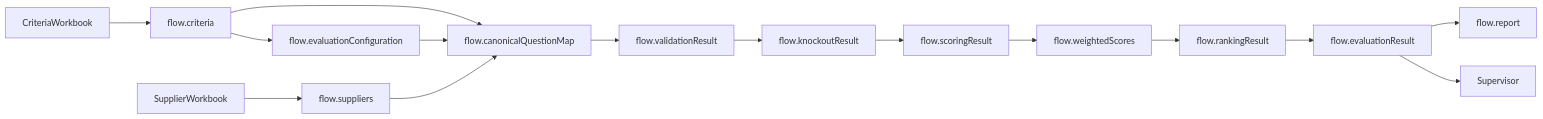
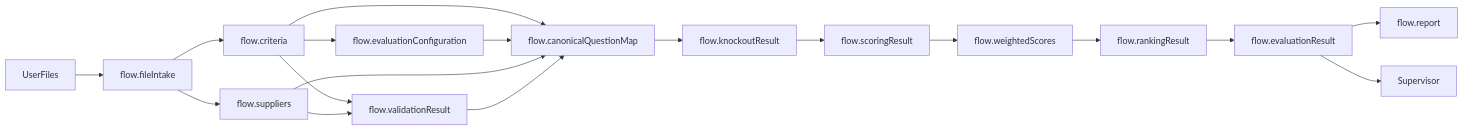
Before and after one commit to adityarane-ai/Agentic-Orchestrations: the diagram in Bid Analysis Agent/08 – Flow Variables.md, drawn with Mermaid. The commit also changed other lines of this file, not shown here.

Commit message:
Add file intake flow contract and discovery state

````diff
--- a/Bid Analysis Agent/08 – Flow Variables.md
+++ b/Bid Analysis Agent/08 – Flow Variables.md
@@ -75,31 +37,21 @@
 ```mermaid
 flowchart LR
 
-CriteriaWorkbook --> flow.criteria
-
+UserFiles --> flow.fileIntake
+flow.fileIntake --> flow.criteria
+flow.fileIntake --> flow.suppliers
 flow.criteria --> flow.evaluationConfiguration
-
-SupplierWorkbook --> flow.suppliers
-
+flow.criteria --> flow.validationResult
+flow.suppliers --> flow.validationResult
 flow.criteria --> flow.canonicalQuestionMap
-
 flow.evaluationConfiguration --> flow.canonicalQuestionMap
-
 flow.suppliers --> flow.canonicalQuestionMap
-
-flow.canonicalQuestionMap --> flow.validationResult
-
-flow.validationResult --> flow.knockoutResult
-
+flow.validationResult --> flow.canonicalQuestionMap
+flow.canonicalQuestionMap --> flow.knockoutResult
 flow.knockoutResult --> flow.scoringResult
-
 flow.scoringResult --> flow.weightedScores
-
 flow.weightedScores --> flow.rankingResult
-
 flow.rankingResult --> flow.evaluationResult
-
 flow.evaluationResult --> flow.report
-
 flow.evaluationResult --> Supervisor
 ```
````
